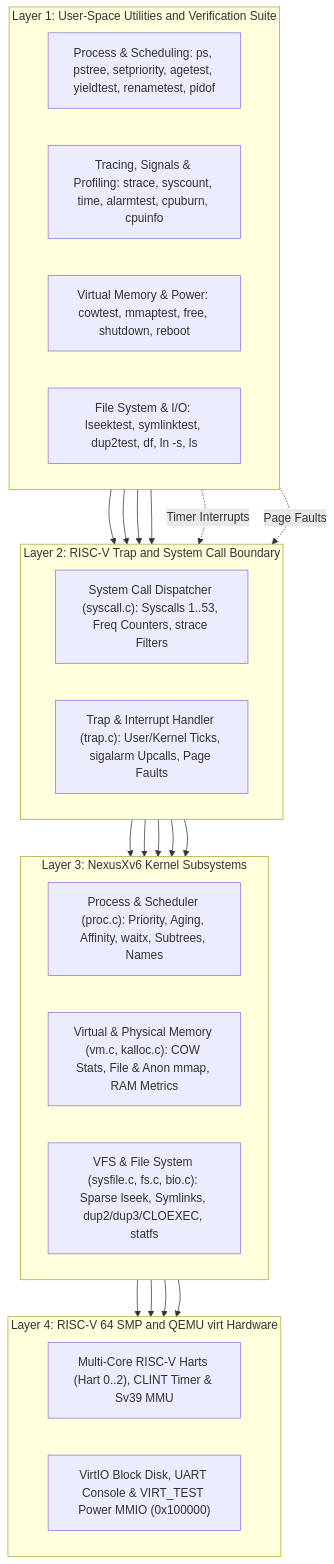
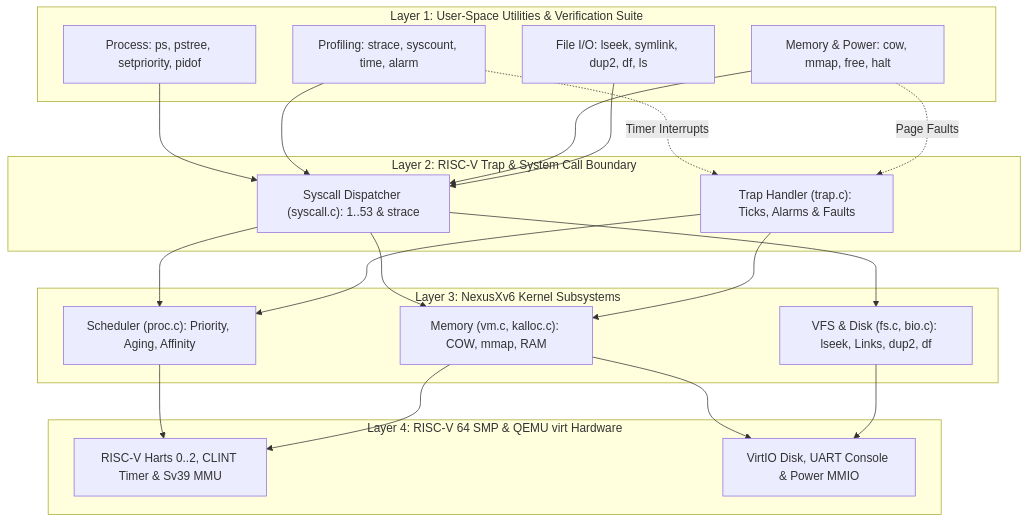
Before and after one commit to asbahkhan67-ctrl/xv6-riscv: the first of 21 diagrams in README.md, drawn with Mermaid. The commit also changed other lines of this file and 167 other files, not shown here.

````diff
--- a/README.md
+++ b/README.md
@@ -159,49 +120,45 @@
 ```mermaid
 flowchart TD
-    subgraph L1["Layer 1: User-Space Utilities and Verification Suite"]
-        direction LR
-        U_PROC["Process & Scheduling: ps, pstree, setpriority, agetest, yieldtest, renametest, pidof"]
-        U_PROF["Tracing, Signals & Profiling: strace, syscount, time, alarmtest, cpuburn, cpuinfo"]
-        U_MEM["Virtual Memory & Power: cowtest, mmaptest, free, shutdown, reboot"]
-        U_FS["File System & I/O: lseektest, symlinktest, dup2test, df, ln -s, ls"]
+    subgraph L1["Layer 1: User-Space Utilities & Verification Suite"]
+        U_PROC["Process: ps, pstree, setpriority, pidof"]
+        U_PROF["Profiling: strace, syscount, time, alarm"]
+        U_MEM["Memory & Power: cow, mmap, free, halt"]
+        U_FS["File I/O: lseek, symlink, dup2, df, ls"]
     end
 
-    subgraph L2["Layer 2: RISC-V Trap and System Call Boundary"]
-        direction LR
-        SYSC["System Call Dispatcher (syscall.c): Syscalls 1..53, Freq Counters, strace Filters"]
-        TRAP["Trap & Interrupt Handler (trap.c): User/Kernel Ticks, sigalarm Upcalls, Page Faults"]
+    subgraph L2["Layer 2: RISC-V Trap & System Call Boundary"]
+        SYSC["Syscall Dispatcher (syscall.c): 1..53 & strace"]
+        TRAP["Trap Handler (trap.c): Ticks, Alarms & Faults"]
     end
 
     subgraph L3["Layer 3: NexusXv6 Kernel Subsystems"]
-        direction LR
-        K_PROC["Process & Scheduler (proc.c): Priority, Aging, Affinity, waitx, Subtrees, Names"]
-        K_VM["Virtual & Physical Memory (vm.c, kalloc.c): COW Stats, File & Anon mmap, RAM Metrics"]
-        K_FS["VFS & File System (sysfile.c, fs.c, bio.c): Sparse lseek, Symlinks, dup2/dup3/CLOEXEC, statfs"]
+        K_PROC["Scheduler (proc.c): Priority, Aging, Affinity"]
+        K_VM["Memory (vm.c, kalloc.c): COW, mmap, RAM"]
+        K_FS["VFS & Disk (fs.c, bio.c): lseek, Links, dup2, df"]
     end
 
-    subgraph L4["Layer 4: RISC-V 64 SMP and QEMU virt Hardware"]
-        direction LR
-        HW_CPU["Multi-Core RISC-V Harts (Hart 0..2), CLINT Timer & Sv39 MMU"]
-        HW_DEV["VirtIO Block Disk, UART Console & VIRT_TEST Power MMIO (0x100000)"]
+    subgraph L4["Layer 4: RISC-V 64 SMP & QEMU virt Hardware"]
+        HW_CPU["RISC-V Harts 0..2, CLINT Timer & Sv39 MMU"]
+        HW_DEV["VirtIO Disk, UART Console & Power MMIO"]
     end
 
     U_PROC --> SYSC
     U_PROF --> SYSC
     U_MEM --> SYSC
     U_FS --> SYSC
 
-    U_PROF -. "Timer Interrupts" .-> TRAP
-    U_MEM -. "Page Faults" .-> TRAP
+    U_PROF -.->|Timer Interrupts| TRAP
+    U_MEM -.->|Page Faults| TRAP
 
     SYSC --> K_PROC
     SYSC --> K_VM
     SYSC --> K_FS
 
     TRAP --> K_PROC
     TRAP --> K_VM
 
     K_PROC --> HW_CPU
     K_VM --> HW_CPU
     K_VM --> HW_DEV
     K_FS --> HW_DEV
 ```
````
